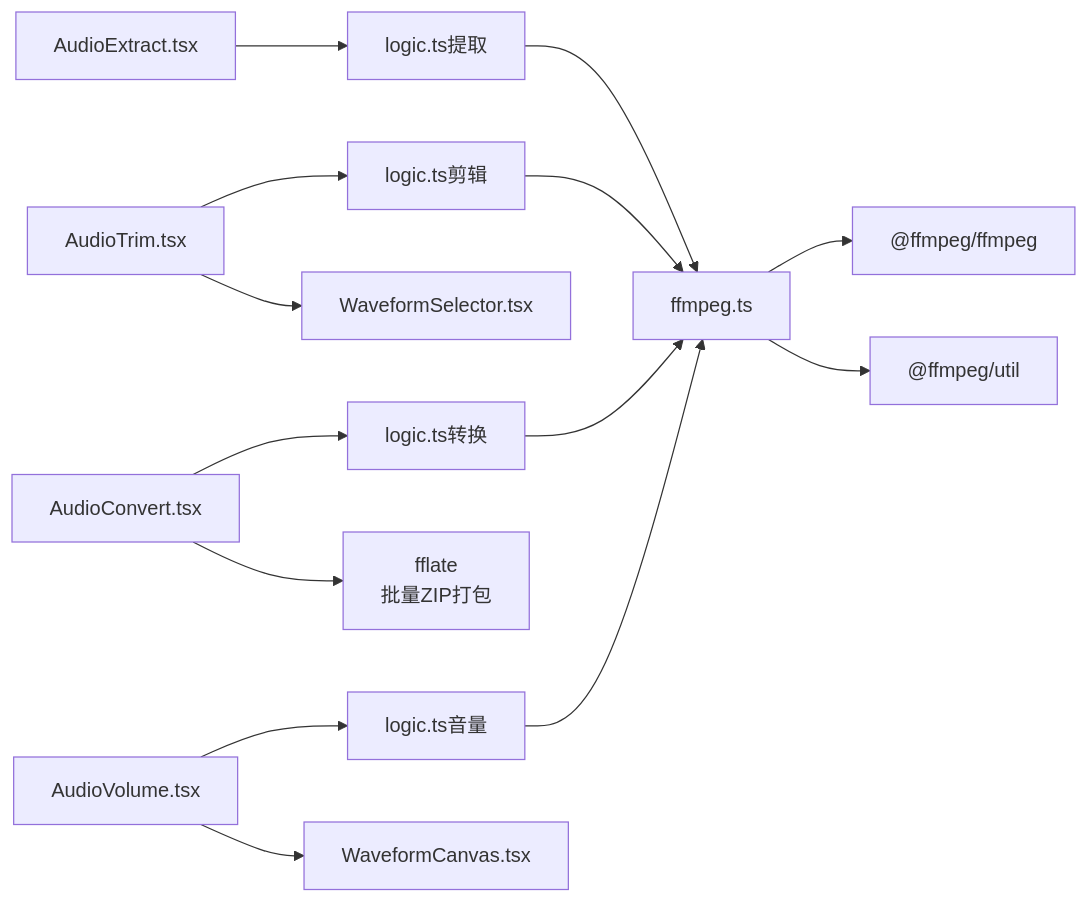
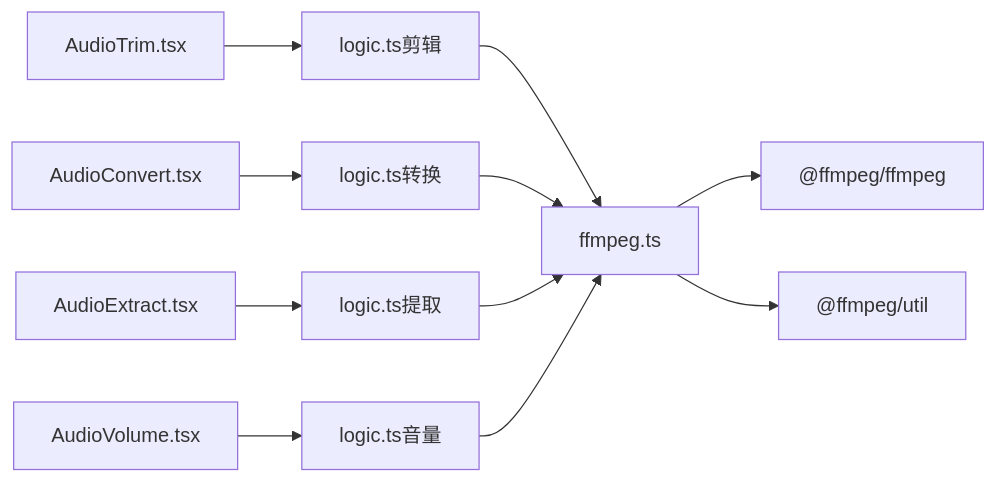
The seventh of 7 diagrams in .qoder/repowiki/zh/content/音频工具/音频工具.md (sgyy/privadeck), drawn with Mermaid before and after one commit. The commit also changed other lines of this file and 48 other files, not shown here.

````diff
--- a/.qoder/repowiki/zh/content/音频工具/音频工具.md
+++ b/.qoder/repowiki/zh/content/音频工具/音频工具.md
@@ -322,16 +265,13 @@
 ```mermaid
 graph LR
 A["AudioTrim.tsx"] --> L1["logic.ts剪辑"]
 B["AudioConvert.tsx"] --> L2["logic.ts转换"]
 C["AudioExtract.tsx"] --> L3["logic.ts提取"]
 D["AudioVolume.tsx"] --> L4["logic.ts音量"]
-D --> WC["WaveformCanvas.tsx"]
-A --> WS["WaveformSelector.tsx"]
 L1 --> F["ffmpeg.ts"]
 L2 --> F
 L3 --> F
 L4 --> F
 F --> W["@ffmpeg/ffmpeg"]
 F --> U["@ffmpeg/util"]
-B --> FF["fflate<br/>批量ZIP打包"]
 ```
````
